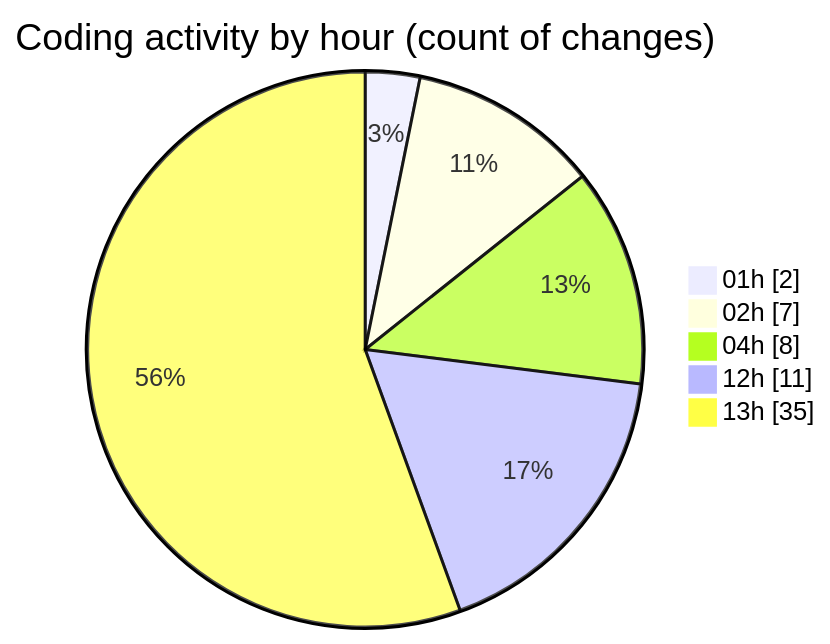
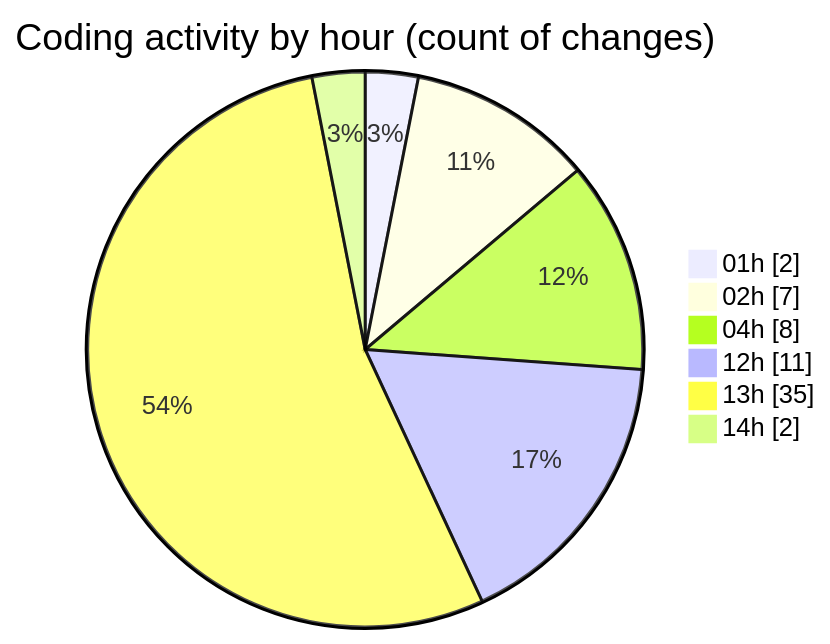
One commit to lephambinh05/code-tracking changed the second of 2 diagrams in 2025-08-11/rentotp/README.md. Above: the diagram before and after it, drawn with Mermaid. The commit also changed other lines of this file and 1 other file, not shown here.

````diff
--- a/2025-08-11/rentotp/README.md
+++ b/2025-08-11/rentotp/README.md
@@ -42,9 +43,10 @@
 ```mermaid
 pie showData
 title Coding activity by hour (count of changes)
 "01h" : 2
 "02h" : 7
 "04h" : 8
 "12h" : 11
 "13h" : 35
+"14h" : 2
 ```
````
